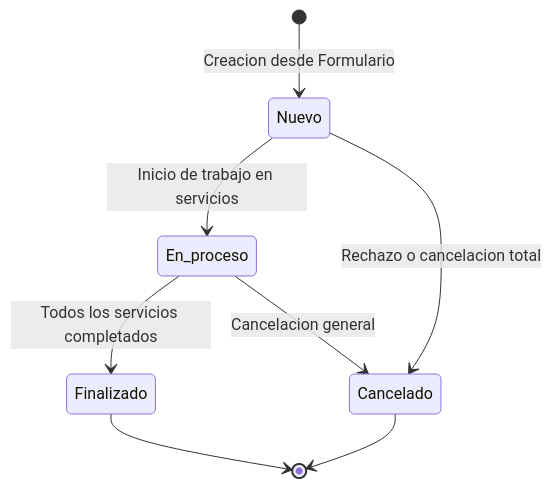
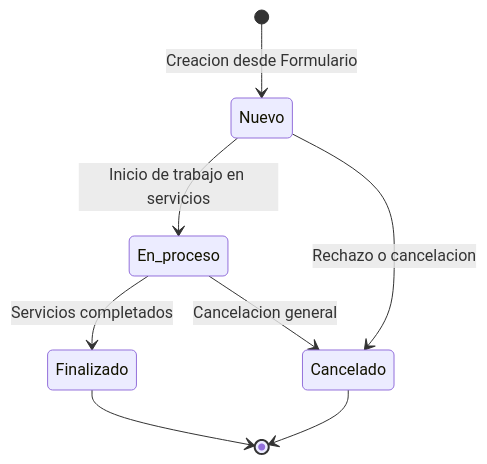
Before and after one commit to saldiviapablo/formulariopedidos: the first of 2 diagrams in docs/current-state/06_ESTADOS_ACTUALES.md, drawn with Mermaid. The commit also changed other lines of this file and 18 other files, not shown here.

````diff
--- a/docs/current-state/06_ESTADOS_ACTUALES.md
+++ b/docs/current-state/06_ESTADOS_ACTUALES.md
@@ -21,10 +20,10 @@
 ```mermaid
 stateDiagram-v2
     [*] --> Nuevo : Creacion desde Formulario
     Nuevo --> En_proceso : Inicio de trabajo en servicios
-    Nuevo --> Cancelado : Rechazo o cancelacion total
-    En_proceso --> Finalizado : Todos los servicios completados
+    Nuevo --> Cancelado : Rechazo o cancelacion
+    En_proceso --> Finalizado : Servicios completados
     En_proceso --> Cancelado : Cancelacion general
     Finalizado --> [*]
     Cancelado --> [*]
 ```
````
